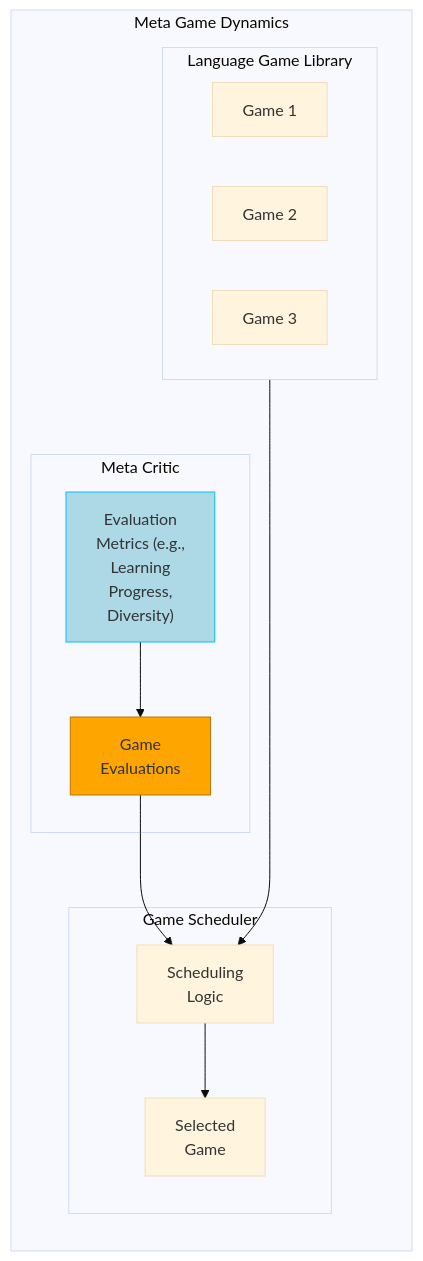
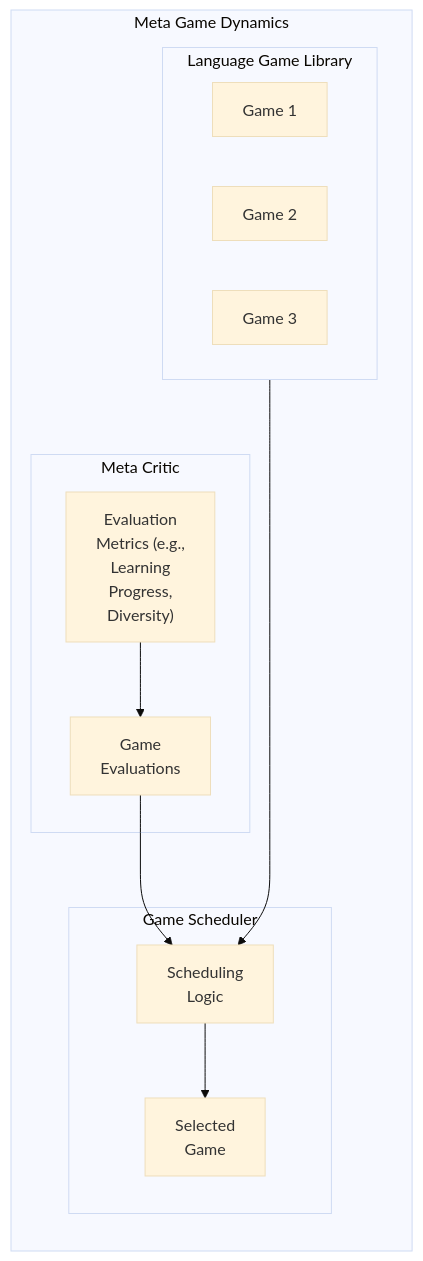
The fifth of 8 diagrams in README.md (nshkrdotcom/EADS), drawn with Mermaid (base theme) before and after one commit. The commit also changed other lines of this file and 2 other files, not shown here.

````diff
--- a/README.md
+++ b/README.md
@@ -408,28 +400,26 @@
 ```mermaid
 graph LR
     subgraph MetaGameDynamics["Meta Game Dynamics"]
 
         subgraph GameScheduler["Game Scheduler"]
             SchedulingLogic["Scheduling<br>Logic"]
             SelectedGame["Selected<br>Game"]
         end
 
         subgraph MetaCritic["Meta Critic"]
             EvaluationMetrics["Evaluation<br>Metrics (e.g.,<br>Learning<br>Progress,<br>Diversity)"]
             GameEvaluations["Game<br>Evaluations"]
-            style EvaluationMetrics fill:#add8e6,stroke:#00bfff
-            style GameEvaluations fill:#ffa500,stroke:#b70
         end
         
         subgraph GameLibrary["Language Game Library"]
             Game1["Game 1"]
             Game2["Game 2"]
             Game3["Game 3"]
         end
 
         EvaluationMetrics --> GameEvaluations
         GameEvaluations --> SchedulingLogic
         GameLibrary ----> SchedulingLogic
         SchedulingLogic --> SelectedGame
     end
 ```
````
